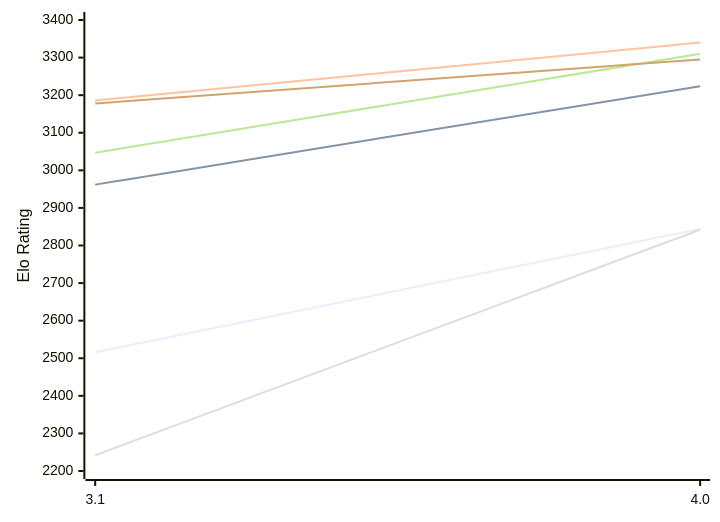
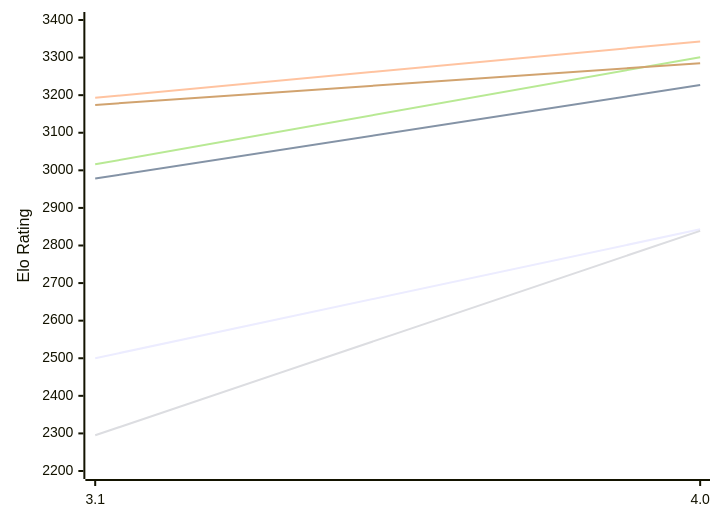
One commit to computer-chess-index/cci changed the first of 2 diagrams in engines/Sykora.md. Above: the diagram before and after it, drawn with Mermaid. The commit also changed other lines of this file, not shown here.

Commit message:
Update CCI Ratings (ELO VLTC) - 2026-11-15

````diff
--- a/engines/Sykora.md
+++ b/engines/Sykora.md
@@ -53,12 +53,12 @@
 ```mermaid
 %%{init: {"theme":"base","themeVariables":{"seriesColors:['#a3a3a3','#222221','#faa371']}}}%%
 xychart-beta
   x-axis ["3.1", "4.0"]
   y-axis "Elo Rating" 2200 --> 3400
-  line "E1: STC (8.0+0.08s)" [2516, 2844]
-  line "E1: LTC (60.0+0.60s)" [2962, 3224]
-  line "E1: VLTC (2m24s+1.12s)" [3186, 3340]
-  line "P1: STC (8.0+0.08s)" [2242, 2842]
-  line "P1: LTC (60.0+0.60s)" [3047, 3310]
-  line "P1: VLTC (2m24s+1.12s)" [3178, 3295]
+  line "E1: STC (8.0+0.08s)" [2500, 2843]
+  line "E1: LTC (60.0+0.60s)" [2978, 3227]
+  line "E1: VLTC (2m24s+1.12s)" [3193, 3343]
+  line "P1: STC (8.0+0.08s)" [2295, 2839]
+  line "P1: LTC (60.0+0.60s)" [3016, 3301]
+  line "P1: VLTC (2m24s+1.12s)" [3174, 3285]
 ```
````
